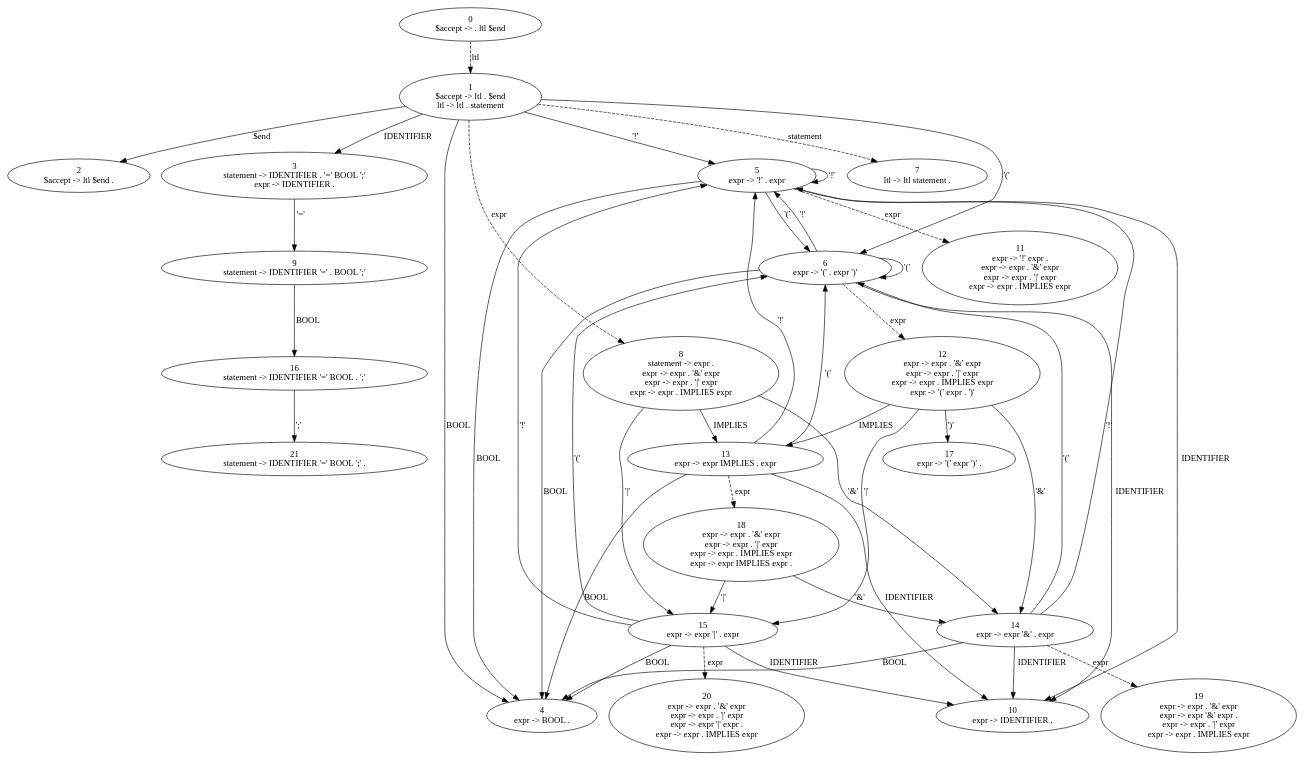
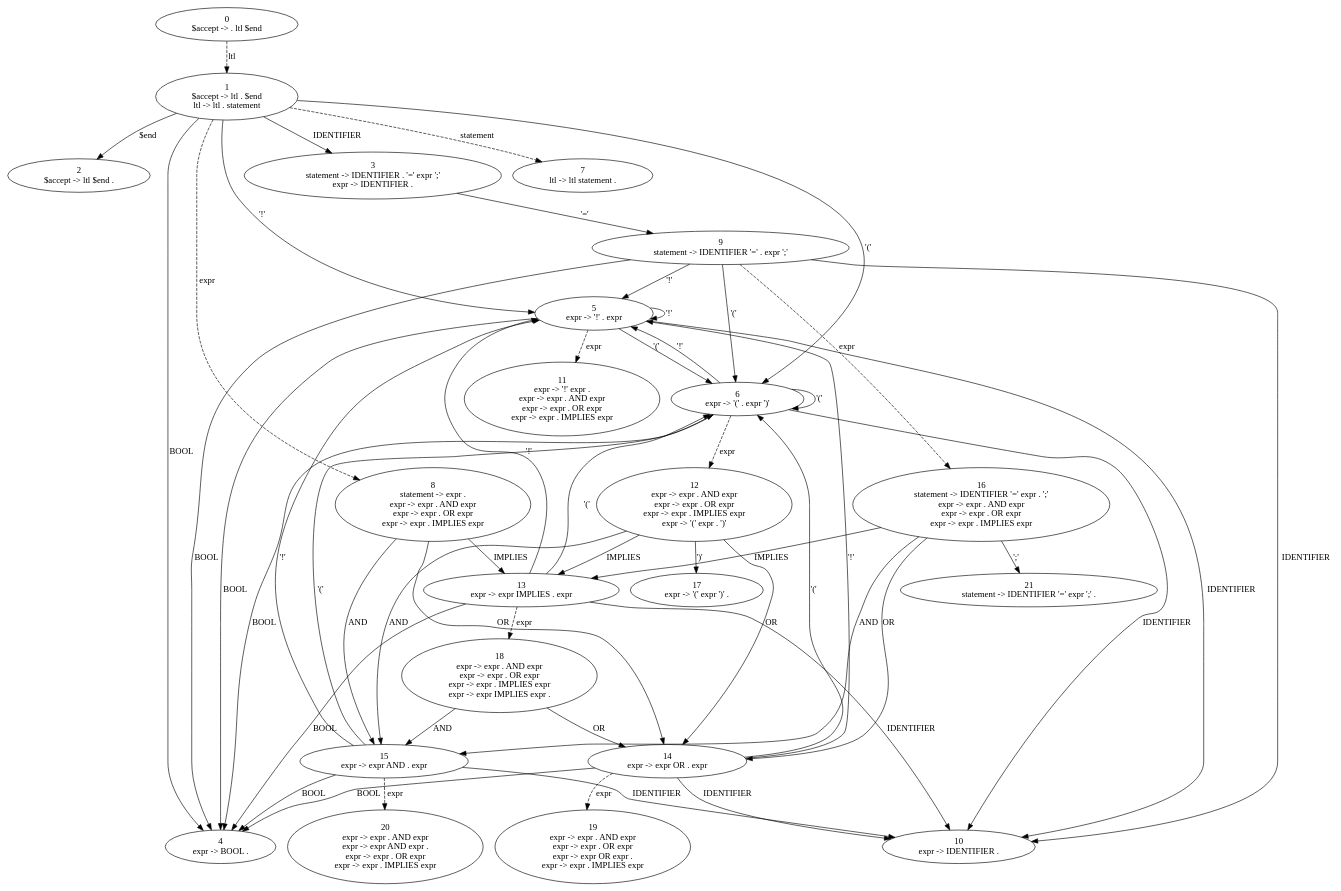
Before and after one commit to huseinz/tracever: the diagram in ltl.dot, drawn with Graphviz. The commit also changed 9 other files, not shown here.

```diff
--- a/ltl.dot
+++ b/ltl.dot
@@ -1,74 +1,81 @@
 // Generated by GNU Bison 2.5.
 // Report bugs to <bug-bison@gnu.org>.
 // Home page: <http://www.gnu.org/software/bison/>.
 
 digraph "ltl.y"
 {
   0 [label="0\n$accept -> . ltl $end"]
   0 -> 1 [style=dashed label="ltl"]
   1 [label="1\n$accept -> ltl . $end\nltl -> ltl . statement"]
   1 -> 2 [style=solid label="$end"]
   1 -> 3 [style=solid label="IDENTIFIER"]
   1 -> 4 [style=solid label="BOOL"]
   1 -> 5 [style=solid label="'!'"]
   1 -> 6 [style=solid label="'('"]
   1 -> 7 [style=dashed label="statement"]
   1 -> 8 [style=dashed label="expr"]
   2 [label="2\n$accept -> ltl $end ."]
-  3 [label="3\nstatement -> IDENTIFIER . '=' BOOL ';'\nexpr -> IDENTIFIER ."]
+  3 [label="3\nstatement -> IDENTIFIER . '=' expr ';'\nexpr -> IDENTIFIER ."]
   3 -> 9 [style=solid label="'='"]
   4 [label="4\nexpr -> BOOL ."]
   5 [label="5\nexpr -> '!' . expr"]
   5 -> 10 [style=solid label="IDENTIFIER"]
   5 -> 4 [style=solid label="BOOL"]
   5 -> 5 [style=solid label="'!'"]
   5 -> 6 [style=solid label="'('"]
   5 -> 11 [style=dashed label="expr"]
   6 [label="6\nexpr -> '(' . expr ')'"]
   6 -> 10 [style=solid label="IDENTIFIER"]
   6 -> 4 [style=solid label="BOOL"]
   6 -> 5 [style=solid label="'!'"]
   6 -> 6 [style=solid label="'('"]
   6 -> 12 [style=dashed label="expr"]
   7 [label="7\nltl -> ltl statement ."]
-  8 [label="8\nstatement -> expr .\nexpr -> expr . '&' expr\nexpr -> expr . '|' expr\nexpr -> expr . IMPLIES expr"]
+  8 [label="8\nstatement -> expr .\nexpr -> expr . AND expr\nexpr -> expr . OR expr\nexpr -> expr . IMPLIES expr"]
   8 -> 13 [style=solid label="IMPLIES"]
-  8 -> 14 [style=solid label="'&'"]
-  8 -> 15 [style=solid label="'|'"]
-  9 [label="9\nstatement -> IDENTIFIER '=' . BOOL ';'"]
-  9 -> 16 [style=solid label="BOOL"]
+  8 -> 14 [style=solid label="OR"]
+  8 -> 15 [style=solid label="AND"]
+  9 [label="9\nstatement -> IDENTIFIER '=' . expr ';'"]
+  9 -> 10 [style=solid label="IDENTIFIER"]
+  9 -> 4 [style=solid label="BOOL"]
+  9 -> 5 [style=solid label="'!'"]
+  9 -> 6 [style=solid label="'('"]
+  9 -> 16 [style=dashed label="expr"]
   10 [label="10\nexpr -> IDENTIFIER ."]
-  11 [label="11\nexpr -> '!' expr .\nexpr -> expr . '&' expr\nexpr -> expr . '|' expr\nexpr -> expr . IMPLIES expr"]
-  12 [label="12\nexpr -> expr . '&' expr\nexpr -> expr . '|' expr\nexpr -> expr . IMPLIES expr\nexpr -> '(' expr . ')'"]
+  11 [label="11\nexpr -> '!' expr .\nexpr -> expr . AND expr\nexpr -> expr . OR expr\nexpr -> expr . IMPLIES expr"]
+  12 [label="12\nexpr -> expr . AND expr\nexpr -> expr . OR expr\nexpr -> expr . IMPLIES expr\nexpr -> '(' expr . ')'"]
   12 -> 13 [style=solid label="IMPLIES"]
-  12 -> 14 [style=solid label="'&'"]
-  12 -> 15 [style=solid label="'|'"]
+  12 -> 14 [style=solid label="OR"]
+  12 -> 15 [style=solid label="AND"]
   12 -> 17 [style=solid label="')'"]
   13 [label="13\nexpr -> expr IMPLIES . expr"]
   13 -> 10 [style=solid label="IDENTIFIER"]
   13 -> 4 [style=solid label="BOOL"]
   13 -> 5 [style=solid label="'!'"]
   13 -> 6 [style=solid label="'('"]
   13 -> 18 [style=dashed label="expr"]
-  14 [label="14\nexpr -> expr '&' . expr"]
+  14 [label="14\nexpr -> expr OR . expr"]
   14 -> 10 [style=solid label="IDENTIFIER"]
   14 -> 4 [style=solid label="BOOL"]
   14 -> 5 [style=solid label="'!'"]
   14 -> 6 [style=solid label="'('"]
   14 -> 19 [style=dashed label="expr"]
-  15 [label="15\nexpr -> expr '|' . expr"]
+  15 [label="15\nexpr -> expr AND . expr"]
   15 -> 10 [style=solid label="IDENTIFIER"]
   15 -> 4 [style=solid label="BOOL"]
   15 -> 5 [style=solid label="'!'"]
   15 -> 6 [style=solid label="'('"]
   15 -> 20 [style=dashed label="expr"]
-  16 [label="16\nstatement -> IDENTIFIER '=' BOOL . ';'"]
+  16 [label="16\nstatement -> IDENTIFIER '=' expr . ';'\nexpr -> expr . AND expr\nexpr -> expr . OR expr\nexpr -> expr . IMPLIES expr"]
+  16 -> 13 [style=solid label="IMPLIES"]
+  16 -> 14 [style=solid label="OR"]
+  16 -> 15 [style=solid label="AND"]
   16 -> 21 [style=solid label="';'"]
   17 [label="17\nexpr -> '(' expr ')' ."]
-  18 [label="18\nexpr -> expr . '&' expr\nexpr -> expr . '|' expr\nexpr -> expr . IMPLIES expr\nexpr -> expr IMPLIES expr ."]
-  18 -> 14 [style=solid label="'&'"]
-  18 -> 15 [style=solid label="'|'"]
-  19 [label="19\nexpr -> expr . '&' expr\nexpr -> expr '&' expr .\nexpr -> expr . '|' expr\nexpr -> expr . IMPLIES expr"]
-  20 [label="20\nexpr -> expr . '&' expr\nexpr -> expr . '|' expr\nexpr -> expr '|' expr .\nexpr -> expr . IMPLIES expr"]
-  21 [label="21\nstatement -> IDENTIFIER '=' BOOL ';' ."]
+  18 [label="18\nexpr -> expr . AND expr\nexpr -> expr . OR expr\nexpr -> expr . IMPLIES expr\nexpr -> expr IMPLIES expr ."]
+  18 -> 14 [style=solid label="OR"]
+  18 -> 15 [style=solid label="AND"]
+  19 [label="19\nexpr -> expr . AND expr\nexpr -> expr . OR expr\nexpr -> expr OR expr .\nexpr -> expr . IMPLIES expr"]
+  20 [label="20\nexpr -> expr . AND expr\nexpr -> expr AND expr .\nexpr -> expr . OR expr\nexpr -> expr . IMPLIES expr"]
+  21 [label="21\nstatement -> IDENTIFIER '=' expr ';' ."]
 }
```
